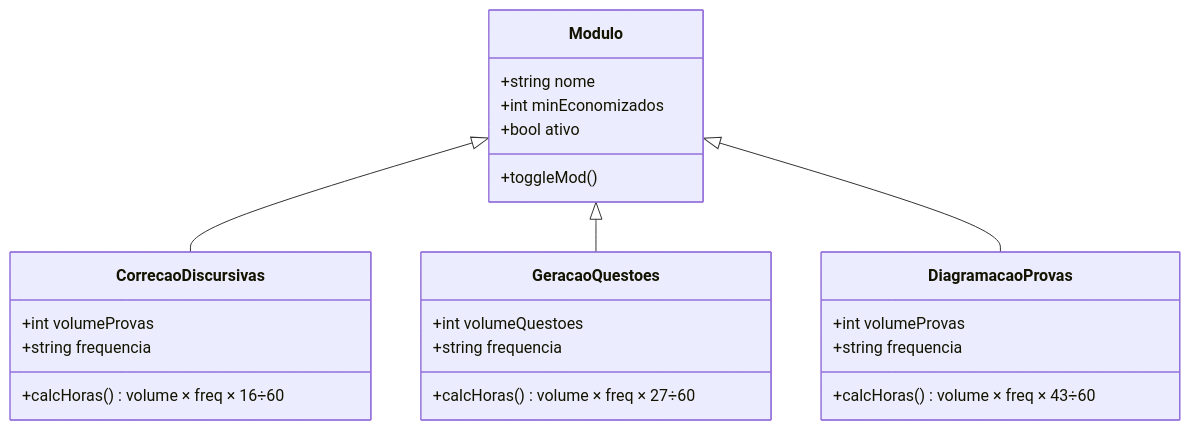
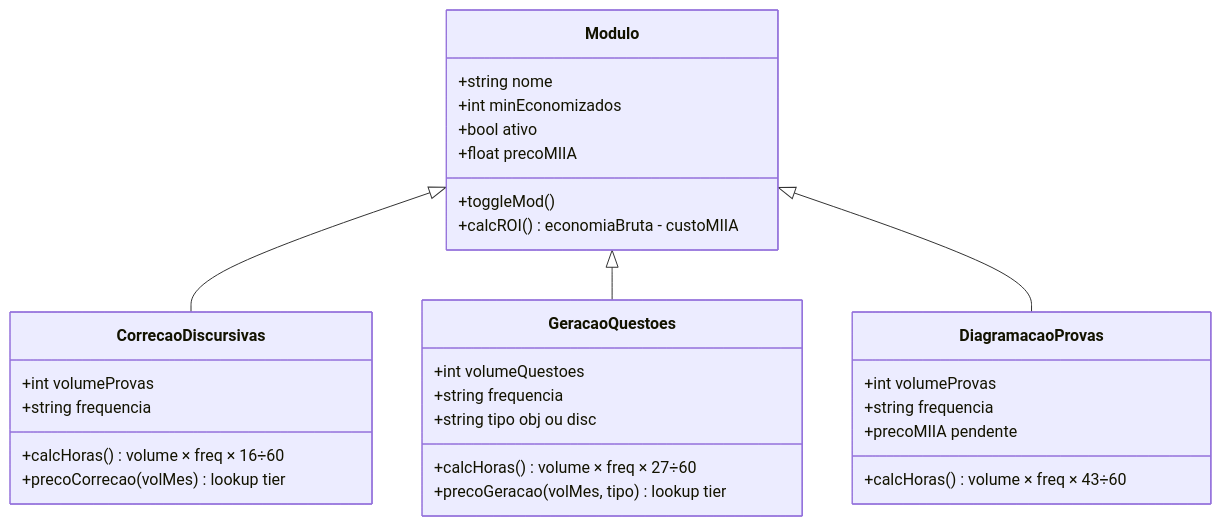
One commit to Gustavo130803/calculadora-miia changed the fourth of 4 diagrams in README.md. Above: the diagram before and after it, drawn with Mermaid. The commit also changed other lines of this file, not shown here.

Commit message:
docs: README com tabelas de preço MIIA e diagrama de ROI líquido

````diff
--- a/README.md
+++ b/README.md
@@ -99,31 +140,37 @@
 ```mermaid
 classDiagram
     class Modulo {
         +string nome
         +int minEconomizados
         +bool ativo
+        +float precoMIIA
         +toggleMod()
+        +calcROI() economiaBruta - custoMIIA
     }
 
     class CorrecaoDiscursivas {
         +int volumeProvas
         +string frequencia
         +calcHoras() volume × freq × 16÷60
+        +precoCorrecao(volMes) lookup tier
     }
 
     class GeracaoQuestoes {
         +int volumeQuestoes
         +string frequencia
+        +string tipo obj ou disc
         +calcHoras() volume × freq × 27÷60
+        +precoGeracao(volMes, tipo) lookup tier
     }
 
     class DiagramacaoProvas {
         +int volumeProvas
         +string frequencia
         +calcHoras() volume × freq × 43÷60
+        +precoMIIA pendente
     }
 
     Modulo <|-- CorrecaoDiscursivas
     Modulo <|-- GeracaoQuestoes
     Modulo <|-- DiagramacaoProvas
 ```
````
